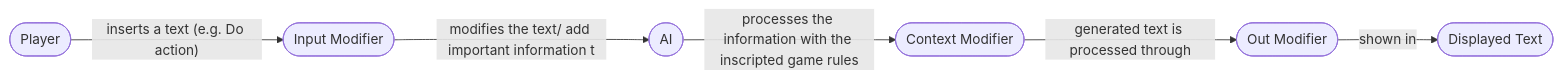
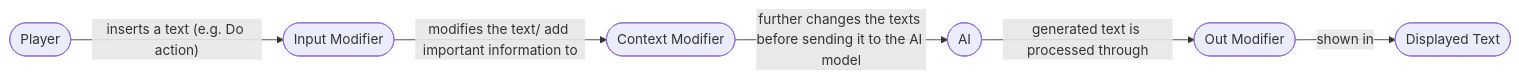
The diagram in ai_dungeon_scripting/README.md (rolling-sagas/rs-doc), drawn with Mermaid before and after one commit. The commit also changed other lines of this file, not shown here.

Commit message:
continued my work on aidscripting. Essentially, organizing info before feeding it to the model.

````diff
--- a/ai_dungeon_scripting/README.md
+++ b/ai_dungeon_scripting/README.md
@@ -41,17 +41,17 @@
 ```mermaid
     flowchart LR
 
     id1([Player])
     id2([Input Modifier])
-    id3([AI])
-    id4([Context Modifier])
+    id3([Context Modifier])
+    id4([AI])
     id5([Out Modifier])
     id6([Displayed Text])
 
 
     id1--inserts a text (e.g. Do action)-->id2
-    id2--modifies the text/ add important information to-->id3
-    id3--processes the information with the inscripted game rules-->id4
+    id2--modifies the text/ add important information to -->id3
+    id3--further changes the texts before sending it to the AI model-->id4
     id4--generated text is processed through-->id5
     id5--shown in-->id6
 ```
````
